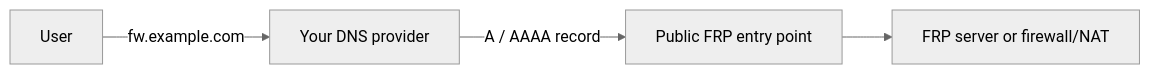
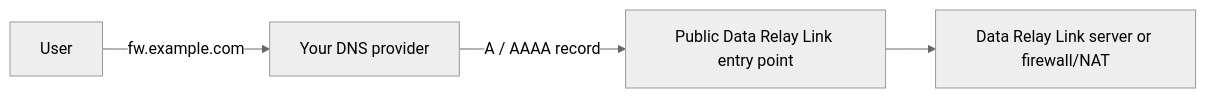
Before and after one commit to datarelay-labs/data-relay-link-docs: the second of 4 diagrams in deployment/dns-hostname.mdx, drawn with Mermaid (neutral theme). The commit also changed other lines of this file and 36 other files, not shown here.

````diff
--- a/deployment/dns-hostname.mdx
+++ b/deployment/dns-hostname.mdx
@@ -63,6 +63,6 @@
 ```mermaid
 flowchart LR
-    D[Your DNS provider] -->|A / AAAA record| P[Public FRP entry point]
+    D[Your DNS provider] -->|A / AAAA record| P[Public Data Relay Link entry point]
     U[User] -->|fw.example.com| D
-    P --> S[FRP server or firewall/NAT]
+    P --> S[Data Relay Link server or firewall/NAT]
 ```
````
